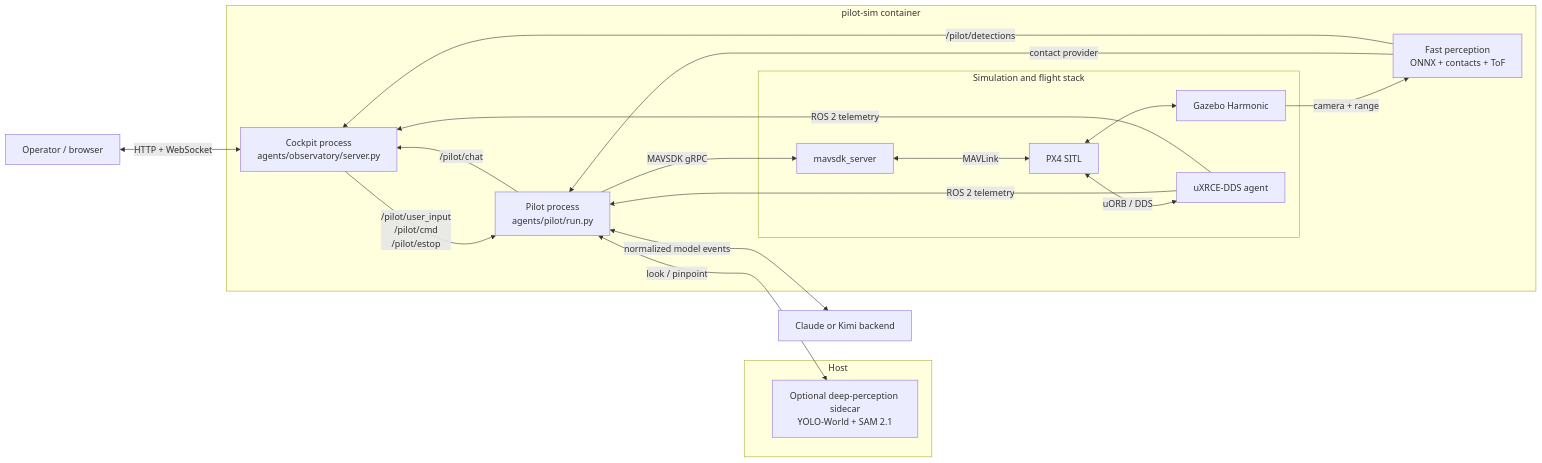
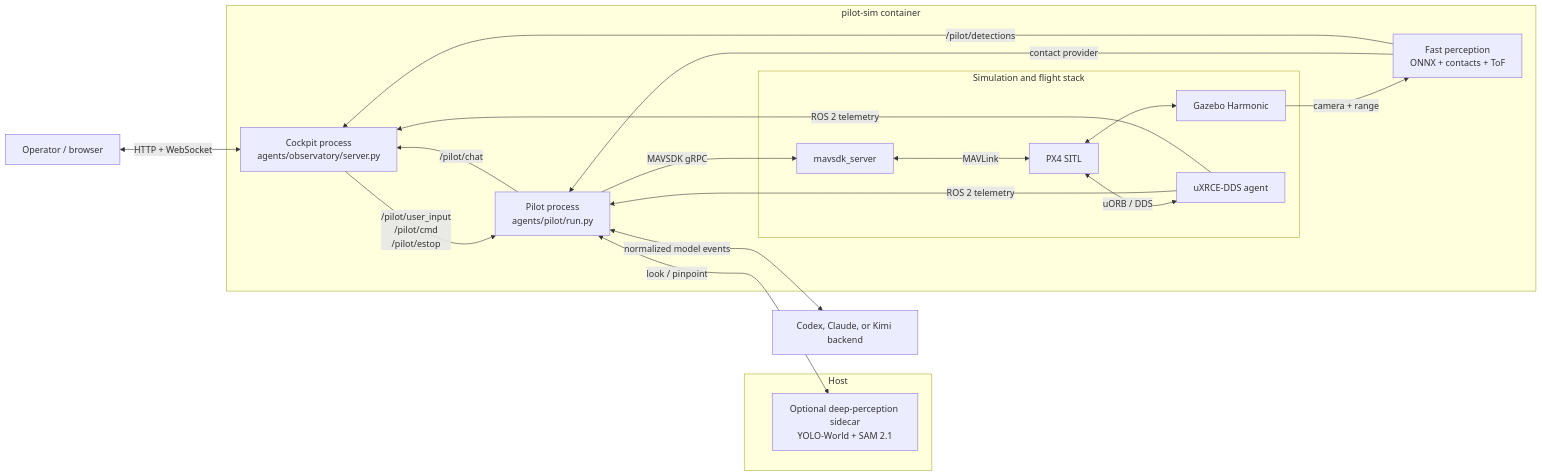
One commit to jonasbrami/squawd changed the first of 2 diagrams in docs/architecture.md. Above: the diagram before and after it, drawn with Mermaid. The commit also changed other lines of this file and 161 other files, not shown here.

````diff
--- a/docs/architecture.md
+++ b/docs/architecture.md
@@ -11,38 +11,38 @@
 ```mermaid
 flowchart LR
     Human[Operator / browser]
 
     subgraph Host[Host]
         Deep[Optional deep-perception sidecar<br/>YOLO-World + SAM 2.1]
     end
 
     subgraph Container[pilot-sim container]
         subgraph Sim[Simulation and flight stack]
             GZ[Gazebo Harmonic]
             PX4[PX4 SITL]
             XRCE[uXRCE-DDS agent]
             MAV[mavsdk_server]
         end
 
         Pilot[Pilot process<br/>agents/pilot/run.py]
         Fast[Fast perception<br/>ONNX + contacts + ToF]
         Cockpit[Cockpit process<br/>agents/observatory/server.py]
     end
 
-    Model[Claude or Kimi backend]
+    Model[Codex, Claude, or Kimi backend]
 
     Human <-->|HTTP + WebSocket| Cockpit
     Cockpit -->|/pilot/user_input<br/>/pilot/cmd<br/>/pilot/estop| Pilot
     GZ -->|camera + range| Fast
     Fast -->|contact provider| Pilot
     Fast -->|/pilot/detections| Cockpit
     Pilot -->|/pilot/chat| Cockpit
     Pilot <-->|normalized model events| Model
     Pilot <-->|look / pinpoint| Deep
     Pilot -->|MAVSDK gRPC| MAV
     MAV <-->|MAVLink| PX4
     PX4 <-->|uORB / DDS| XRCE
     XRCE -->|ROS 2 telemetry| Pilot
     XRCE -->|ROS 2 telemetry| Cockpit
     PX4 <--> GZ
 ```
````
